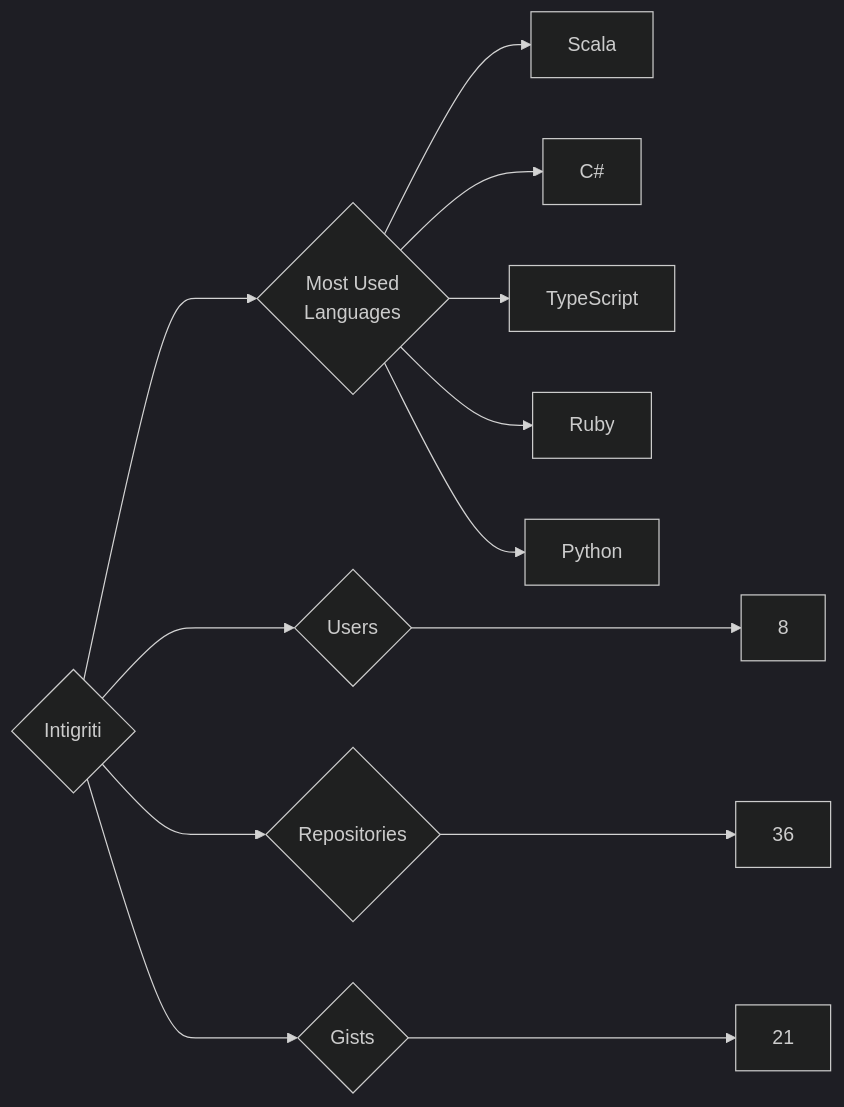
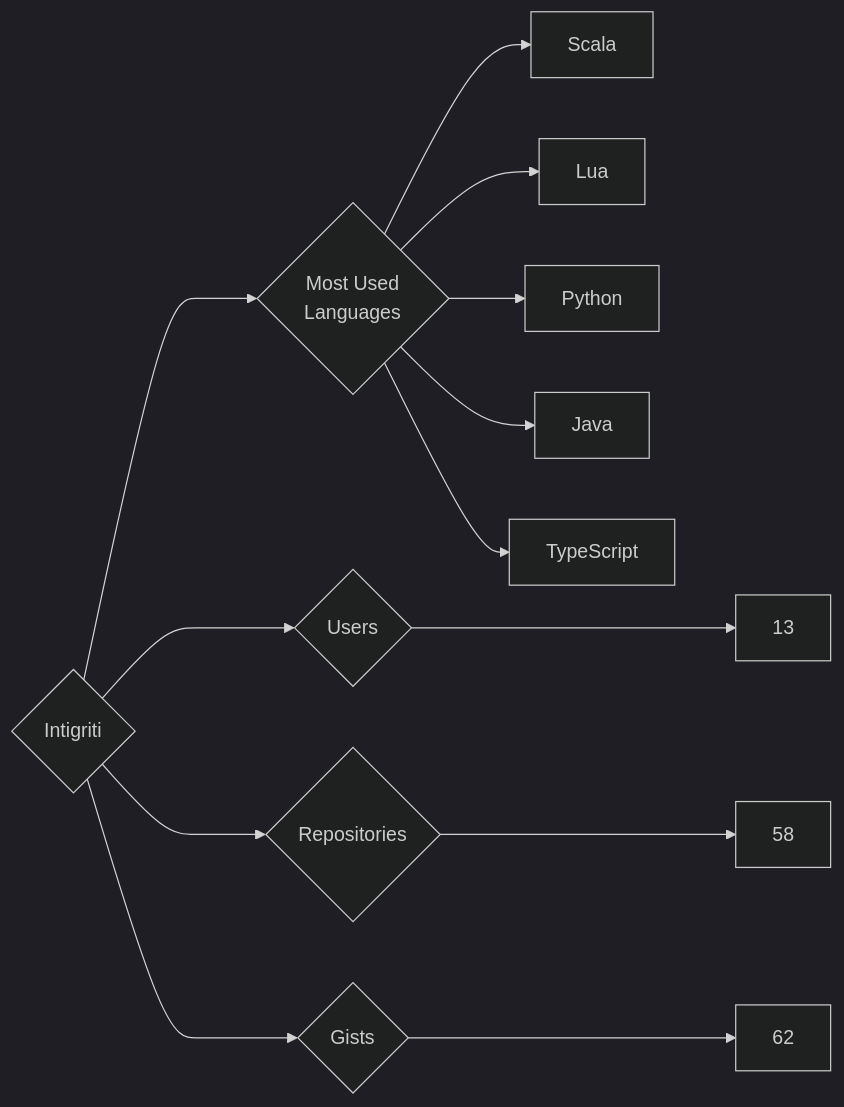
The diagram in targets/Intigriti/README.md (trickest/insiders), drawn with Mermaid (dark theme) before and after one commit. The commit also changed 1170 other files, not shown here.

````diff
--- a/targets/Intigriti/README.md
+++ b/targets/Intigriti/README.md
@@ -3,13 +3,13 @@
 ```mermaid
 graph LR
 COMPANY_NAME{Intigriti}
-COMPANY_NAME ---> U{Users} ---> UN[8]
-COMPANY_NAME ---> R{Repositories} ---> RN[36]
-COMPANY_NAME ---> G{Gists} ---> GN[21]
+COMPANY_NAME ---> U{Users} ---> UN[13]
+COMPANY_NAME ---> R{Repositories} ---> RN[58]
+COMPANY_NAME ---> G{Gists} ---> GN[62]
 COMPANY_NAME ---> ML{Most Used<br>Languages}
 ML --> Scala[Scala]
-ML --> C#[C#]
+ML --> Lua[Lua]
+ML --> Python[Python]
+ML --> Java[Java]
 ML --> TypeScript[TypeScript]
-ML --> Ruby[Ruby]
-ML --> Python[Python]
 ```
````
